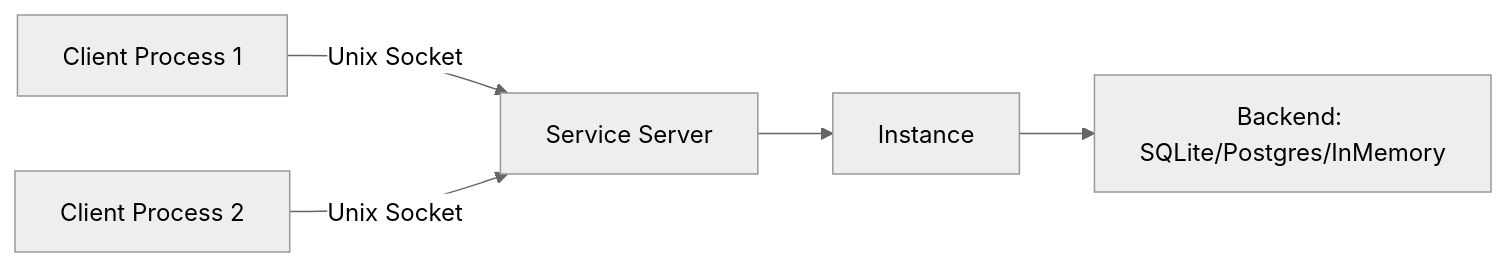
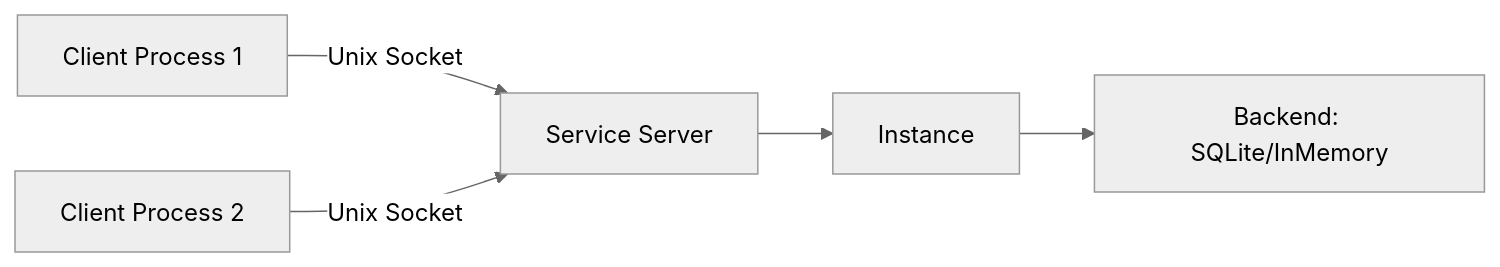
Before and after one commit to arcuru/eidetica: the first of 2 diagrams in docs/src/internal/service.md, drawn with Mermaid (neutral theme). The commit also changed other lines of this file, not shown here.

First line of the commit message:
docs(service): rewrite internal architecture doc to match implementation

````diff
--- a/docs/src/internal/service.md
+++ b/docs/src/internal/service.md
@@ -7,7 +7,7 @@
 ```mermaid
 graph LR
     C1[Client Process 1] -->|Unix Socket| S[Service Server]
     C2[Client Process 2] -->|Unix Socket| S
     S --> I[Instance]
-    I --> B[Backend: SQLite/Postgres/InMemory]
+    I --> B[Backend: SQLite/InMemory]
 ```
````
